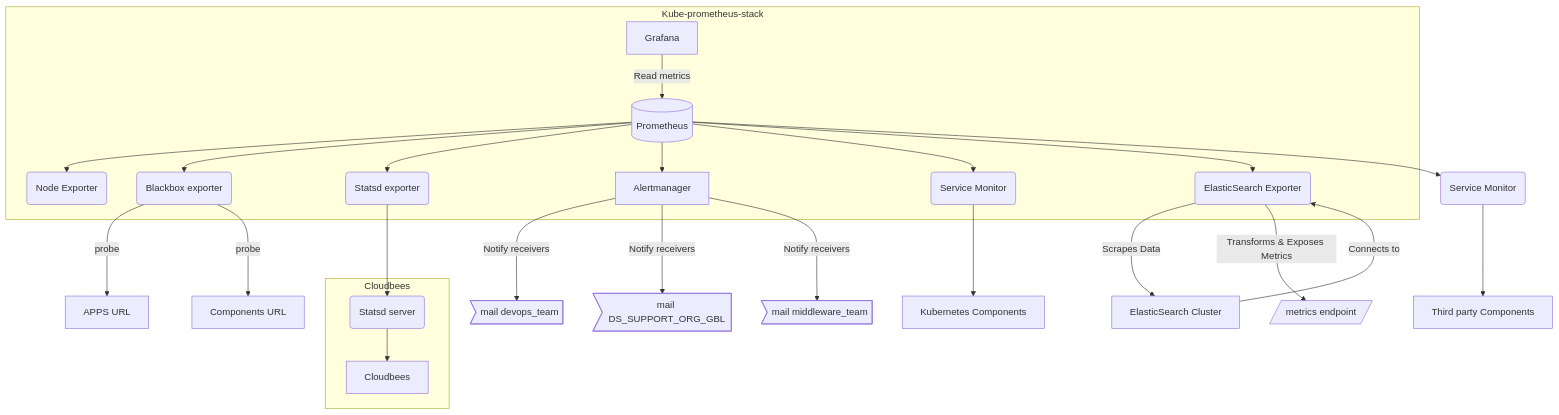
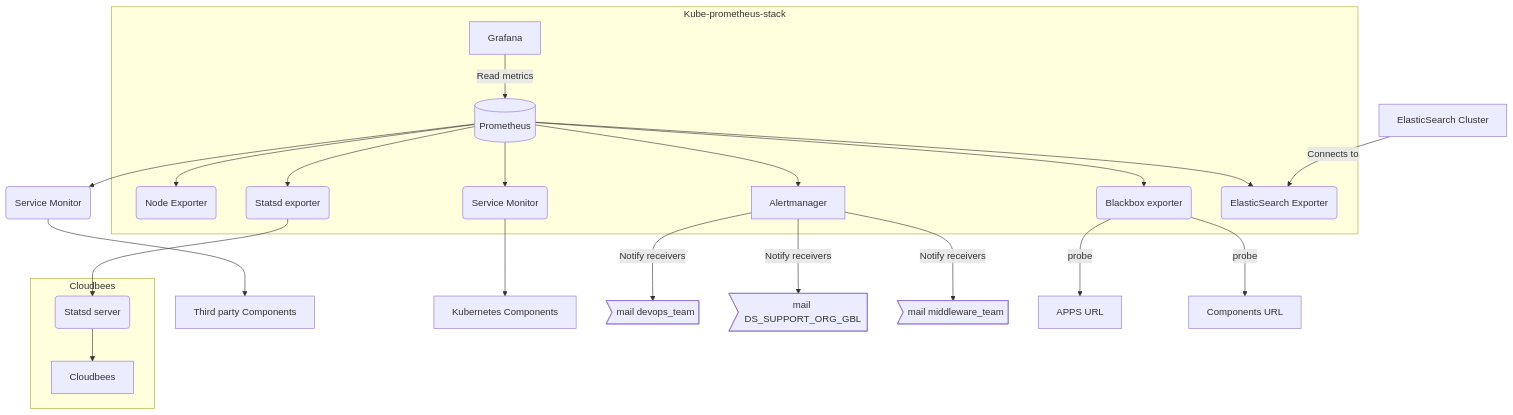
The first of 8 diagrams in Markdown1.md (SavaiRavikiran/Monitoring_With_Prometheus-Grafana), drawn with Mermaid before and after one commit.

````diff
--- a/Markdown1.md
+++ b/Markdown1.md
@@ -1,30 +1,28 @@
 ```mermaid
 graph TD
   subgraph "Kube-prometheus-stack"
     A[Grafana]-->|Read metrics| B[(Prometheus)]
     B --> C(Node Exporter)
     B --> D(Blackbox exporter)
     B --> E(Statsd exporter)
     B --> G[Alertmanager]
     B --> SM1(Service Monitor)
     B --> F(ElasticSearch Exporter)
   end
 
   E1[ElasticSearch Cluster]-->|Connects to| F
-  F -->|Scrapes Data| E1
-  F -->|Transforms & Exposes Metrics| F2[/metrics endpoint/]
   B --> SM2(Service Monitor)
   SM2 --> O[Third party Components]
   SM1 --> P[Kubernetes Components]
 
   G -->|Notify receivers| H>mail devops_team]
   G -->|Notify receivers| I>mail DS_SUPPORT_ORG_GBL]
   G -->|Notify receivers| J>mail middleware_team]
   D -->|probe| L[APPS URL]
   D -->|probe| M[Components URL]
 
   subgraph "Cloudbees"
     E --> N(Statsd server)
     N --> K[Cloudbees]
   end
 ```
````
